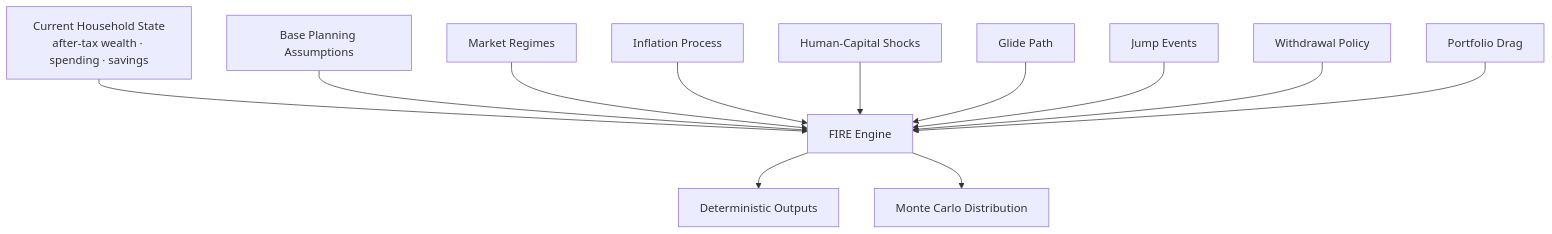
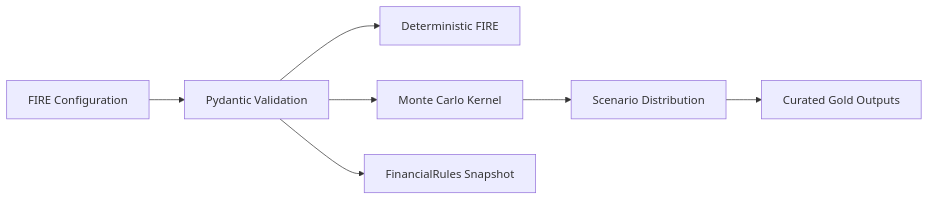
Before and after one commit to tks18/personal-finance-etl: the first of 4 diagrams in docs/configuration/fire-configuration.md, drawn with Mermaid. The commit also changed other lines of this file and 1 other file, not shown here.

Commit message:
docs: refactor configuration docs to reflect recent changes

````diff
--- a/docs/configuration/fire-configuration.md
+++ b/docs/configuration/fire-configuration.md
@@ -22,16 +21,9 @@
 ```mermaid
-flowchart TB
-    STATE["Current Household State<br/>after-tax wealth · spending · savings"] --> FIRE["FIRE Engine"]
-
-    BASE["Base Planning Assumptions"] --> FIRE
-    REG["Market Regimes"] --> FIRE
-    INF["Inflation Process"] --> FIRE
-    HC["Human-Capital Shocks"] --> FIRE
-    GL["Glide Path"] --> FIRE
-    JMP["Jump Events"] --> FIRE
-    WD["Withdrawal Policy"] --> FIRE
-    COST["Portfolio Drag"] --> FIRE
-
-    FIRE --> DET["Deterministic Outputs"]
-    FIRE --> MC["Monte Carlo Distribution"]
+flowchart LR
+    CFG["FIRE Configuration"] --> PYD["Pydantic Validation"]
+    PYD --> DET["Deterministic FIRE"]
+    PYD --> MC["Monte Carlo Kernel"]
+    MC --> OUT["Scenario Distribution"]
+    OUT --> GOLD["Curated Gold Outputs"]
+    PYD --> SNAP["FinancialRules Snapshot"]
 ```
````
